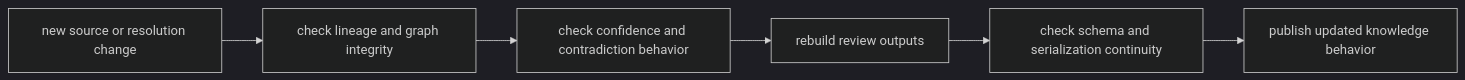
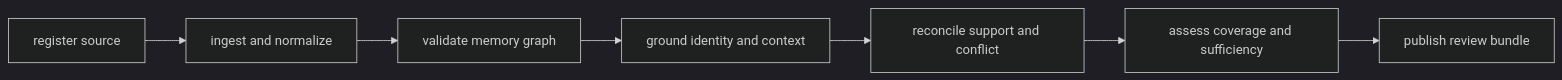
The first of 2 diagrams in docs/06-bijux-proteomics-knowledge/operations/index.md (bijux/bijux-proteomics), drawn with Mermaid (dark theme) before and after one commit. The commit also changed other lines of this file and 3 other files, not shown here.

Commit message:
docs(knowledge): trace evidence from source to review

````diff
--- a/docs/06-bijux-proteomics-knowledge/operations/index.md
+++ b/docs/06-bijux-proteomics-knowledge/operations/index.md
@@ -17,11 +17,9 @@
 ```mermaid
 flowchart LR
-    source["new source or resolution change"]
-    lineage["check lineage and graph integrity"]
-    confidence["check confidence and contradiction behavior"]
-    review["rebuild review outputs"]
-    compatibility["check schema and serialization continuity"]
-    release["publish updated knowledge behavior"]
-
-    source --> lineage --> confidence --> review --> compatibility --> release
+    S["register source"] --> I["ingest and normalize"]
+    I --> V["validate memory graph"]
+    V --> G["ground identity and context"]
+    G --> R["reconcile support and conflict"]
+    R --> A["assess coverage and sufficiency"]
+    A --> B["publish review bundle"]
 ```
````
